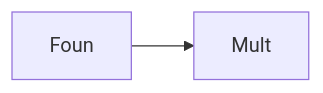
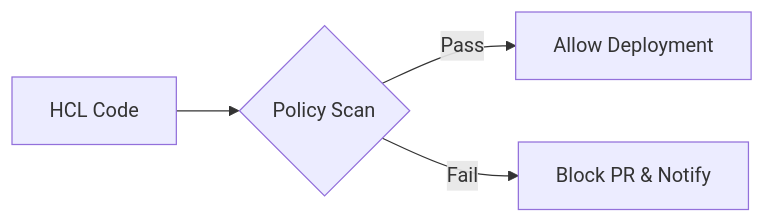
Before and after one commit to Devopstrio/terraform-platform-modules: the eighth of 10 diagrams in README.md, drawn with Mermaid. The commit also changed other lines of this file, not shown here.

Commit message:
docs: implement 10+ professional architecture diagrams with fixed mermaid rendering

````diff
--- a/README.md
+++ b/README.md
@@ -134,4 +195,6 @@
 ```mermaid
 graph LR
-    F[Foun] --> M[Mult]
+    Code[HCL Code] --> Scan{Policy Scan}
+    Scan -->|Pass| Deploy[Allow Deployment]
+    Scan -->|Fail| Block[Block PR & Notify]
 ```
````
